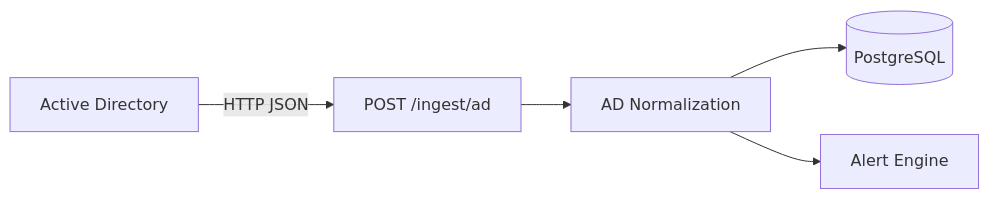
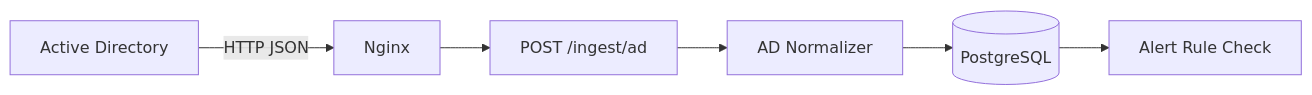
One commit to HAMLEG448/log-management-demo changed the sixth of 14 diagrams in docs/data-flow.md. Above: the diagram before and after it, drawn with Mermaid. The commit also changed other lines of this file and 2 other files, not shown here.

````diff
--- a/docs/data-flow.md
+++ b/docs/data-flow.md
@@ -104,13 +293,15 @@
 ```mermaid
 flowchart LR
     AD[Active Directory]
-    ENDPOINT[POST /ingest/ad]
-    NORMALIZE[AD Normalization]
+    NGINX[Nginx]
+    API[POST /ingest/ad]
+    NORMALIZE[AD Normalizer]
     DB[(PostgreSQL)]
-    ALERT[Alert Engine]
+    ALERT[Alert Rule Check]
 
-    AD -->|HTTP JSON| ENDPOINT
-    ENDPOINT --> NORMALIZE
+    AD -->|HTTP JSON| NGINX
+    NGINX --> API
+    API --> NORMALIZE
     NORMALIZE --> DB
-    NORMALIZE --> ALERT
+    DB --> ALERT
 ```
````
